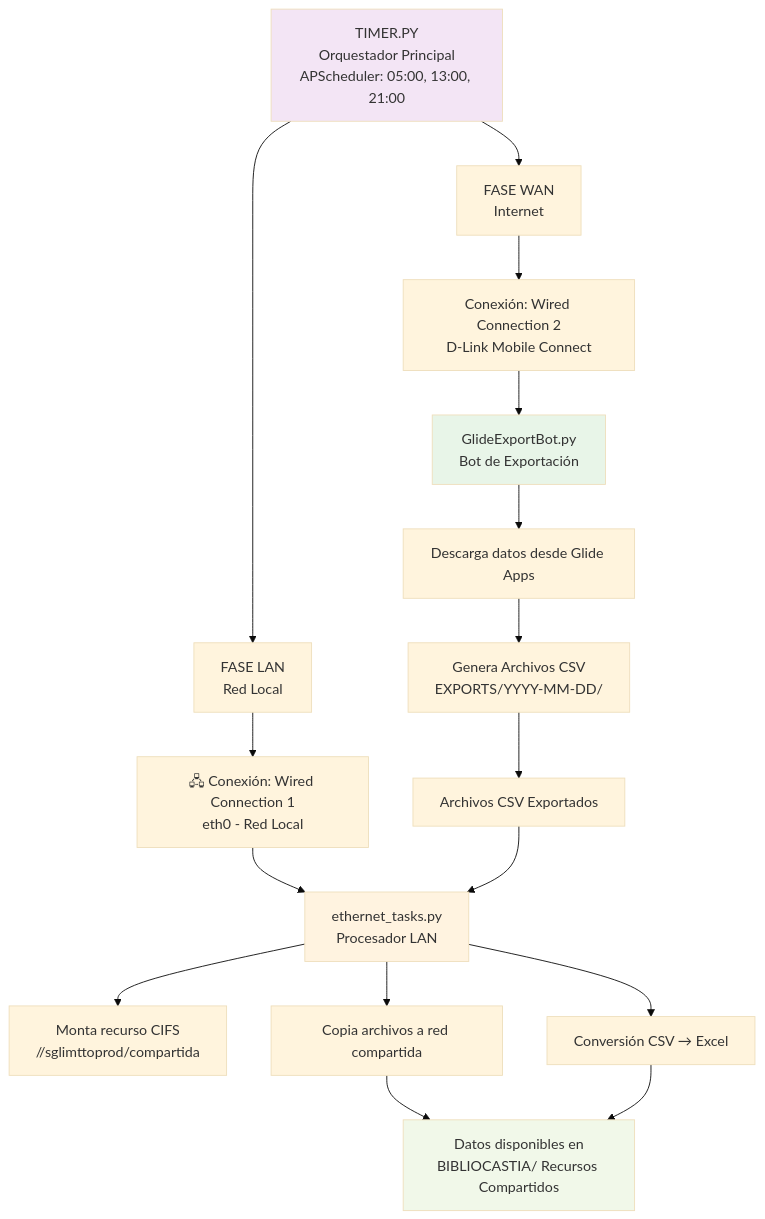
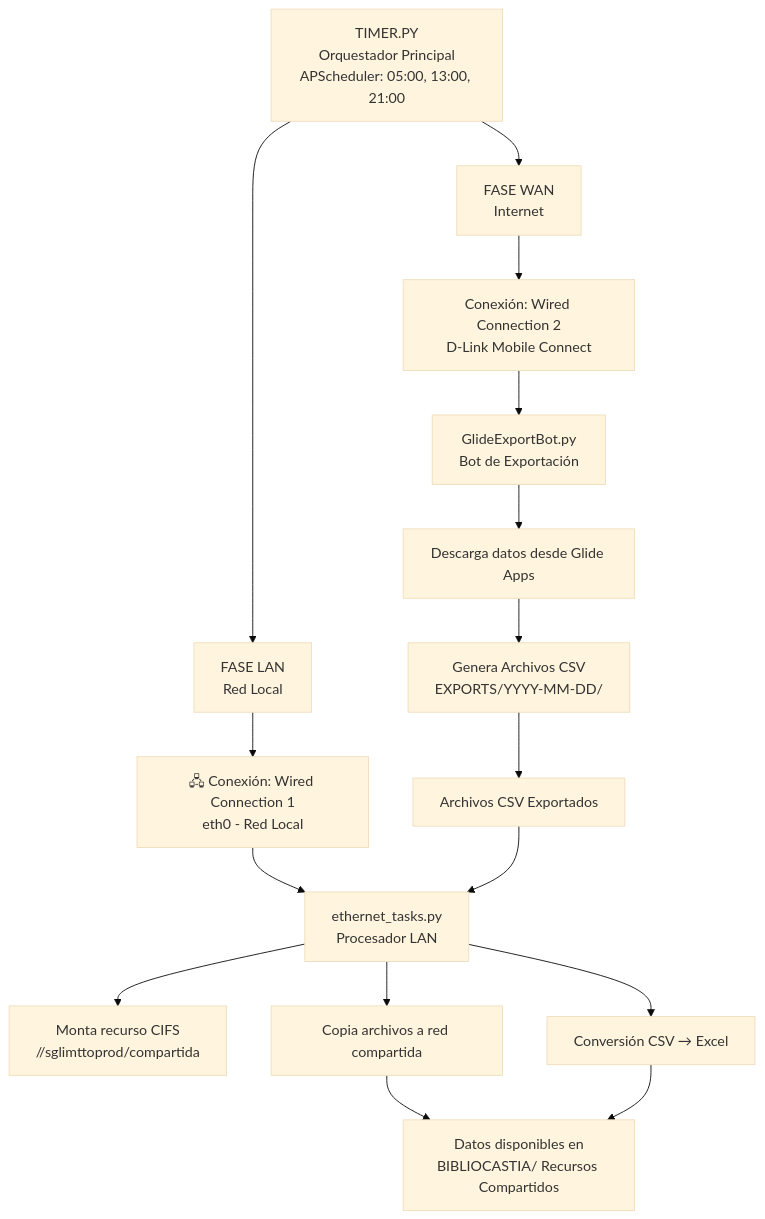
Before and after one commit to ebohorquez589/Prueba: the second of 8 diagrams in README.md, drawn with Mermaid (base theme).

````diff
--- a/README.md
+++ b/README.md
@@ -104,33 +104,29 @@
 ```mermaid
 
 graph TB
     %% ========== ORQUESTADOR PRINCIPAL ==========
     A[TIMER.PY<br/>Orquestador Principal<br/>APScheduler: 05:00, 13:00, 21:00] --> B[FASE WAN<br/>Internet]
     A --> C[FASE LAN<br/>Red Local]
     
     %% ========== FASE WAN ==========
     B --> D[ Conexión: Wired Connection 2<br/>D-Link Mobile Connect]
     D --> E[GlideExportBot.py<br/>Bot de Exportación]
     E --> F[ Descarga datos desde Glide Apps]
     F --> G[Genera Archivos CSV<br/>EXPORTS/YYYY-MM-DD/]
     
     %% ========== FASE LAN ==========
     C --> H[🖧 Conexión: Wired Connection 1<br/>eth0 - Red Local]
     H --> I[ethernet_tasks.py<br/>Procesador LAN]
     
     %% ========== FLUJO DE DATOS WAN → LAN ==========
     G --> J[ Archivos CSV Exportados]
     J --> I
     I --> K[ Monta recurso CIFS<br/>//sglimttoprod/compartida]
     I --> L[ Copia archivos a red compartida]
     I --> M[ Conversión CSV → Excel]
     
     %% ========== RESULTADO FINAL ==========
     L --> N[ Datos disponibles en<br/>BIBLIOCASTIA/ Recursos Compartidos]
     M --> N
     
-    style A fill:#f3e5f5
-    style E fill:#e8f5e8
-    style I fill:#fff3e0
-    style N fill:#f1f8e9
 ```
````
